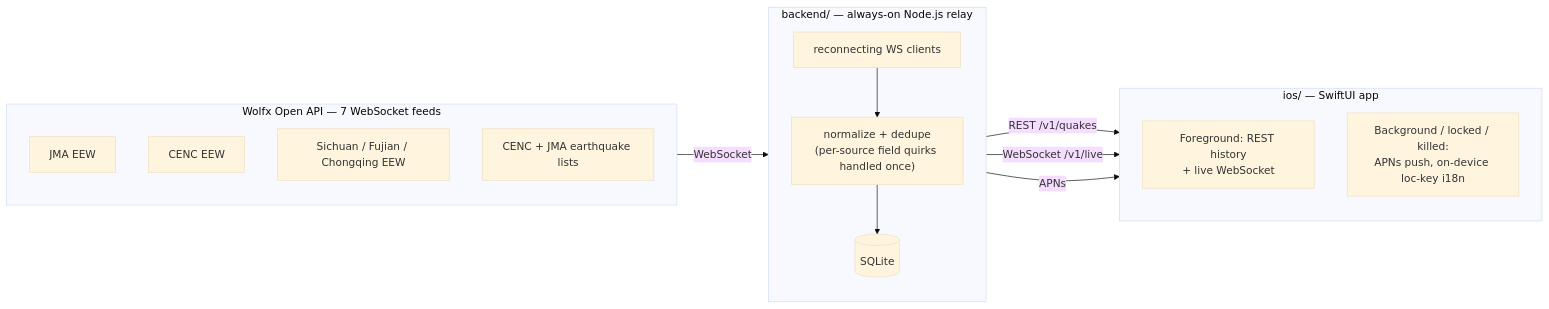
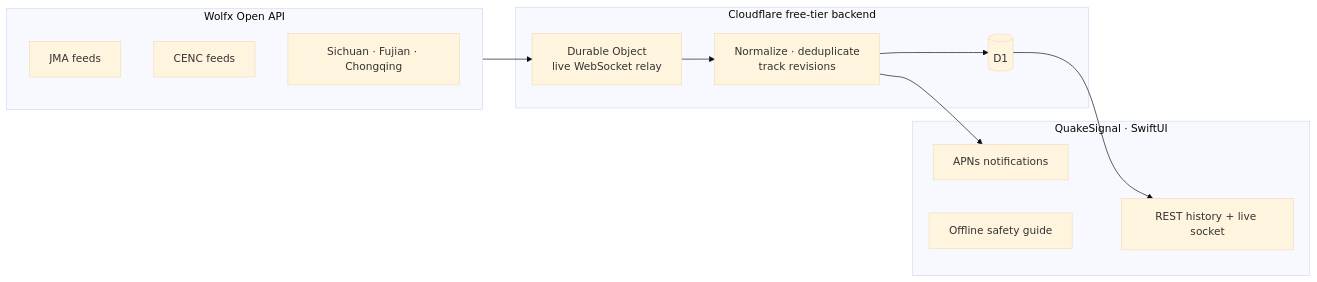
Before and after one commit to TastyHeadphones/QuakeSignal: the diagram in README.md, drawn with Mermaid (base theme). The commit also changed other lines of this file and 33 other files, not shown here.

````diff
--- a/README.md
+++ b/README.md
@@ -34,27 +65,25 @@
 ```mermaid
 flowchart LR
-    subgraph wolfx["Wolfx Open API — 7 WebSocket feeds"]
-        direction TB
-        jma["JMA EEW"]
-        cenc["CENC EEW"]
-        sc["Sichuan / Fujian / Chongqing EEW"]
-        eq["CENC + JMA earthquake lists"]
+    subgraph Sources["Wolfx Open API"]
+        JMA["JMA feeds"]
+        CENC["CENC feeds"]
+        Regional["Sichuan · Fujian · Chongqing"]
     end
 
-    subgraph backend["backend/ — always-on Node.js relay"]
-        direction TB
-        relay["reconnecting WS clients"] --> norm["normalize + dedupe\n(per-source field quirks handled once)"]
-        norm --> db[("SQLite")]
+    subgraph Edge["Cloudflare free-tier backend"]
+        Relay["Durable Object<br/>live WebSocket relay"]
+        Normalize["Normalize · deduplicate<br/>track revisions"]
+        DB[("D1")]
     end
 
-    subgraph ios["ios/ — SwiftUI app"]
-        direction TB
-        fg["Foreground: REST history\n+ live WebSocket"]
-        bg["Background / locked / killed:\nAPNs push, on-device loc-key i18n"]
+    subgraph App["QuakeSignal · SwiftUI"]
+        Foreground["REST history + live socket"]
+        Background["APNs notifications"]
+        Guide["Offline safety guide"]
     end
 
-    wolfx -- "WebSocket" --> relay
-    db -- "REST /v1/quakes" --> fg
-    backend -- "WebSocket /v1/live" --> fg
-    backend -- "APNs" --> bg
+    Sources --> Relay --> Normalize --> DB
+    DB --> Foreground
+    Normalize --> Background
+    Guide --- App
 ```
````
